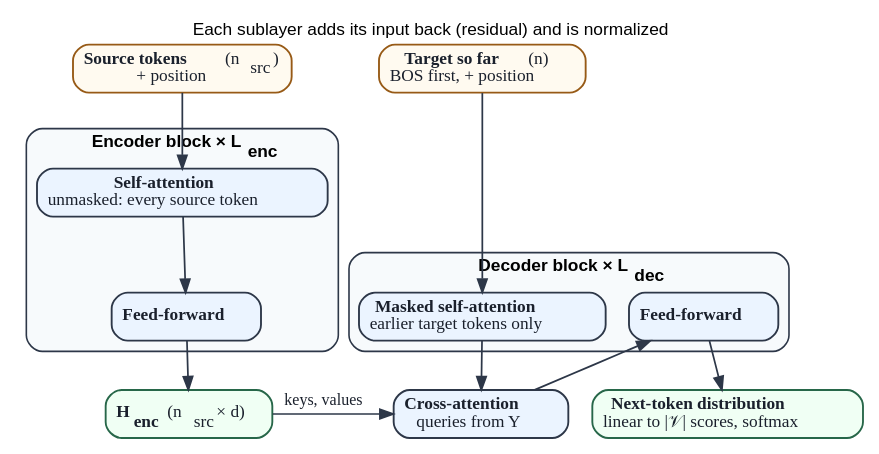
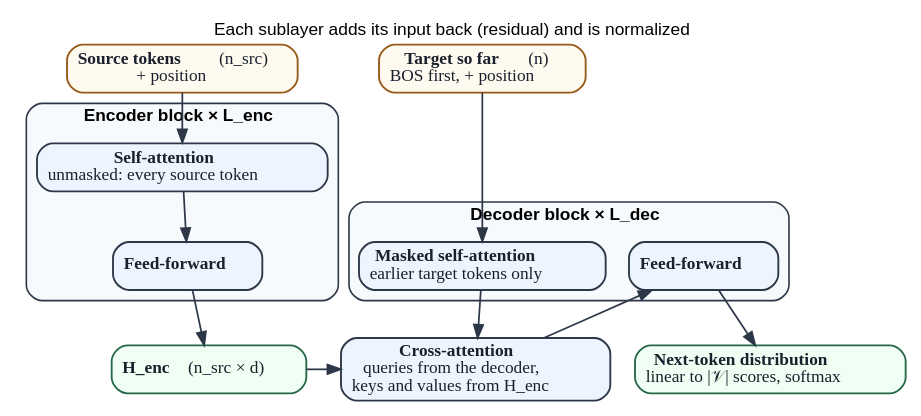
One commit to Beaker12/llmatlas changed the diagram in chapters/01-foundations/figures/encoder_decoder.dot. Above: the diagram before and after it, drawn with Graphviz. The commit also changed 39 other files, not shown here.

Commit message:
Chapter 1 figures: plain subscripts in schematics, vertical history timeline, sentence-case plots, Zipf reference line, parameter axis in millions, display widths

```diff
--- a/chapters/01-foundations/figures/encoder_decoder.dot
+++ b/chapters/01-foundations/figures/encoder_decoder.dot
@@ -1,29 +1,29 @@
 digraph EncoderDecoder {
     graph [fontname="Arial" fontsize=13 bgcolor=white label=<Each sublayer adds its input back (residual) and is normalized> labelloc=t];
 
-    src [label=<<b>Source tokens</b> (n<sub>src</sub>)<br/>+ position> shape=box style="rounded,filled" fillcolor="#fffaf0" color="#975a16" penwidth=1.4 fontsize=13 fontcolor="#1a202c"];
+    src [label=<<b>Source tokens</b> (n_src)<br/>+ position> shape=box style="rounded,filled" fillcolor="#fffaf0" color="#975a16" penwidth=1.4 fontsize=13 fontcolor="#1a202c"];
     tgt [label=<<b>Target so far</b> (n)<br/>BOS first, + position> shape=box style="rounded,filled" fillcolor="#fffaf0" color="#975a16" penwidth=1.4 fontsize=13 fontcolor="#1a202c"];
     { rank=same; src; tgt; }
     subgraph cluster_enc {
-        label=<<b>Encoder block × L<sub>enc</sub></b>>; fontsize=13; style="rounded,filled"; fillcolor="#f7fafc"; color="#2d3748"; penwidth=1.2;
+        label=<<b>Encoder block × L_enc</b>>; fontsize=13; style="rounded,filled"; fillcolor="#f7fafc"; color="#2d3748"; penwidth=1.2;
         esa [label=<<b>Self-attention</b><br/>unmasked: every source token> shape=box style="rounded,filled" fillcolor="#ebf4ff" color="#2d3748" penwidth=1.4 fontsize=13 fontcolor="#1a202c"];
         eff [label=<<b>Feed-forward</b>> shape=box style="rounded,filled" fillcolor="#ebf4ff" color="#2d3748" penwidth=1.4 fontsize=13 fontcolor="#1a202c"];
     }
     subgraph cluster_dec {
-        label=<<b>Decoder block × L<sub>dec</sub></b>>; fontsize=13; style="rounded,filled"; fillcolor="#f7fafc"; color="#2d3748"; penwidth=1.2;
+        label=<<b>Decoder block × L_dec</b>>; fontsize=13; style="rounded,filled"; fillcolor="#f7fafc"; color="#2d3748"; penwidth=1.2;
         dsa [label=<<b>Masked self-attention</b><br/>earlier target tokens only> shape=box style="rounded,filled" fillcolor="#ebf4ff" color="#2d3748" penwidth=1.4 fontsize=13 fontcolor="#1a202c"];
-        dca [label=<<b>Cross-attention</b><br/>queries from Y> shape=box style="rounded,filled" fillcolor="#ebf4ff" color="#2d3748" penwidth=1.4 fontsize=13 fontcolor="#1a202c"];
+        dca [label=<<b>Cross-attention</b><br/>queries from the decoder,<br/>keys and values from H_enc> shape=box style="rounded,filled" fillcolor="#ebf4ff" color="#2d3748" penwidth=1.4 fontsize=13 fontcolor="#1a202c"];
         dff [label=<<b>Feed-forward</b>> shape=box style="rounded,filled" fillcolor="#ebf4ff" color="#2d3748" penwidth=1.4 fontsize=13 fontcolor="#1a202c"];
     }
-    h [label=<<b>H<sub>enc</sub></b>  (n<sub>src</sub> × d)> shape=box style="rounded,filled" fillcolor="#f0fff4" color="#276749" penwidth=1.4 fontsize=13 fontcolor="#1a202c"];
+    h [label=<<b>H_enc</b>  (n_src × d)> shape=box style="rounded,filled" fillcolor="#f0fff4" color="#276749" penwidth=1.4 fontsize=13 fontcolor="#1a202c"];
     p [label=<<b>Next-token distribution</b><br/>linear to |𝒱| scores, softmax> shape=box style="rounded,filled" fillcolor="#f0fff4" color="#276749" penwidth=1.4 fontsize=13 fontcolor="#1a202c"];
     { rank=same; h; dca; }
     src -> esa [color="#2d3748" penwidth=1.3 fontsize=12 fontcolor="#1a202c"];
     esa -> eff [color="#2d3748" penwidth=1.3 fontsize=12 fontcolor="#1a202c"];
     eff -> h [color="#2d3748" penwidth=1.3 fontsize=12 fontcolor="#1a202c"];
     tgt -> dsa [color="#2d3748" penwidth=1.3 fontsize=12 fontcolor="#1a202c"];
     dsa -> dca [color="#2d3748" penwidth=1.3 fontsize=12 fontcolor="#1a202c"];
     dca -> dff [color="#2d3748" penwidth=1.3 fontsize=12 fontcolor="#1a202c"];
     dff -> p [color="#2d3748" penwidth=1.3 fontsize=12 fontcolor="#1a202c"];
-    h -> dca [color="#2d3748" penwidth=1.3 fontsize=12 fontcolor="#1a202c" label=<keys, values>];
+    h -> dca [color="#2d3748" penwidth=1.3 fontsize=12 fontcolor="#1a202c"];
 }
```
